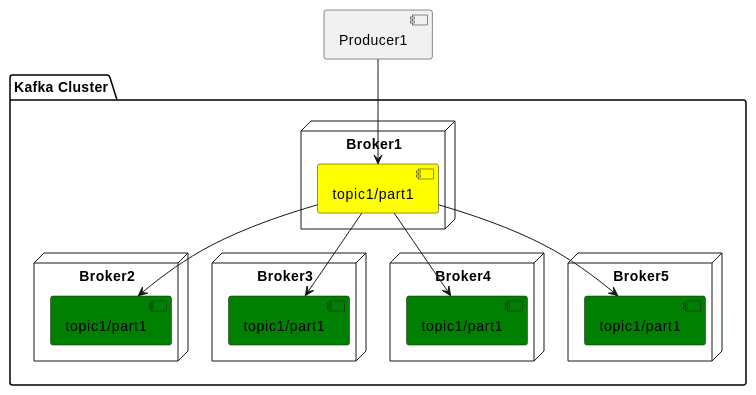
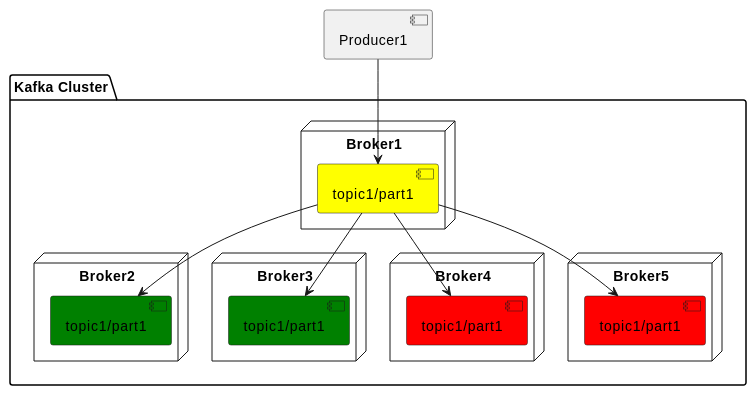
One commit to Rustin170506/kafka.slide changed the fourth of 5 diagrams in slides.md. Above: the diagram before and after it, drawn with PlantUML. The commit also changed other lines of this file, not shown here.

````diff
--- a/slides.md
+++ b/slides.md
@@ -336,31 +336,31 @@
 ```plantuml {scale: 0.9}
 @startuml
 
 [Producer1]
 
 package "Kafka Cluster" {
   node "Broker1" {
     [topic1/part1] as b1t1p1 #Yellow
   } 
   node "Broker2" {
     [topic1/part1] as b2t1p1 #Green
   } 
   node "Broker3" {
     [topic1/part1] as b3t1p1 #Green
   }
   node "Broker4" {
-    [topic1/part1] as b4t1p1 #Green
+    [topic1/part1] as b4t1p1 #Red
   } 
   node "Broker5" {
-    [topic1/part1] as b5t1p1 #Green
+    [topic1/part1] as b5t1p1 #Red
   } 
 }
 
 [Producer1] --> b1t1p1
 b1t1p1      --> b2t1p1
 b1t1p1      --> b3t1p1
 b1t1p1      --> b4t1p1
 b1t1p1      --> b5t1p1
 
 @enduml
 ```
````
